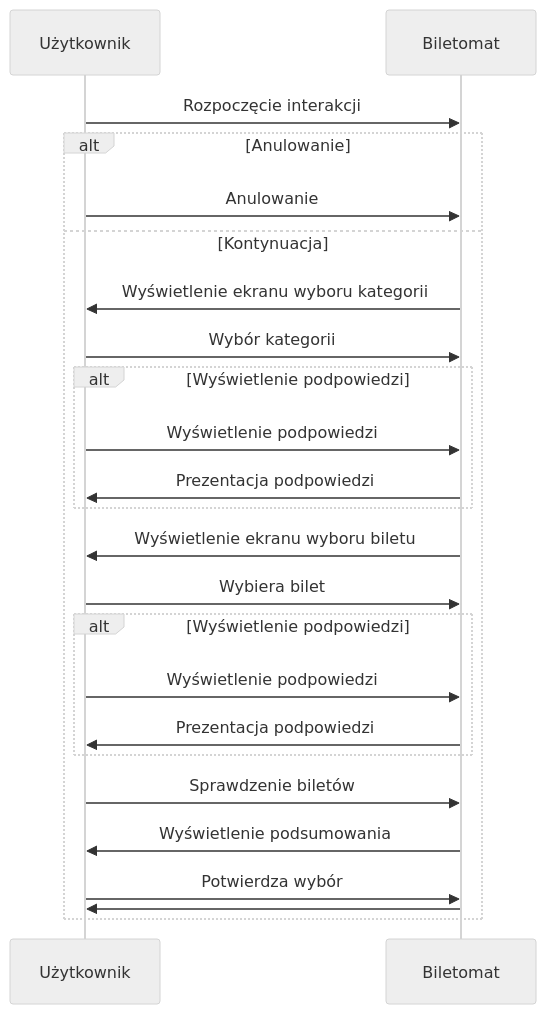
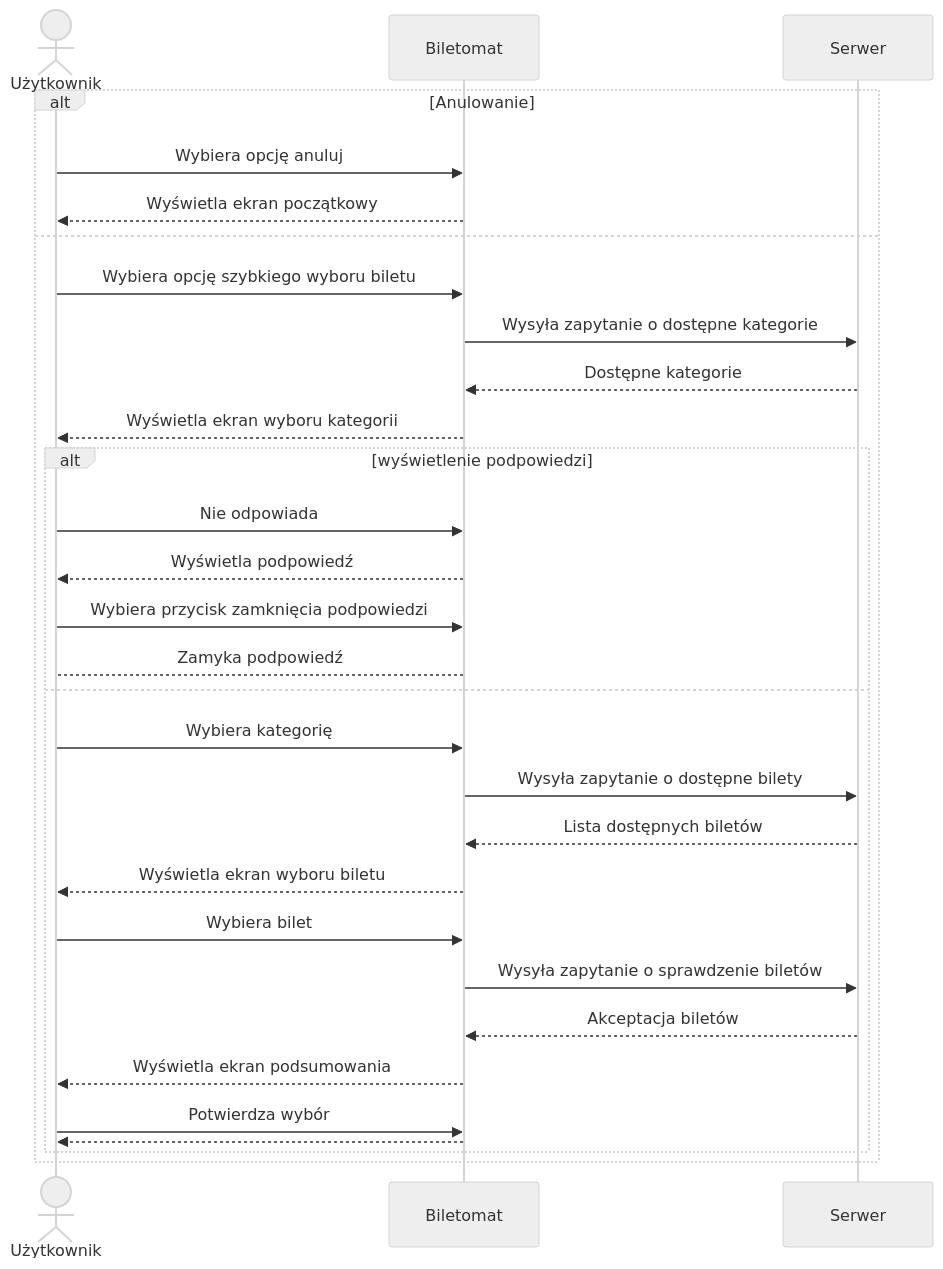
Before and after one commit to s3r10us3r/mwo_lab4: the seventh of 7 diagrams in uzytkownik.md, drawn with Mermaid (neutral theme).

Commit message:
Poprawia diagramu "SZYBKI WYBÓR RODZAJU BILETU"

````diff
--- a/uzytkownik.md
+++ b/uzytkownik.md
@@ -145,34 +145,33 @@
 ```mermaid
 sequenceDiagram
-    participant U as Użytkownik
-    participant B as Biletomat
-
-    U ->> B: Rozpoczęcie interakcji
-
+    actor U as Użytkownik
+    participant I as Biletomat
+    participant S as Serwer
+    
     alt Anulowanie
-        U ->> B: Anulowanie
-
-    else Kontynuacja
-        B ->> U: Wyświetlenie ekranu wyboru kategorii
-        U ->> B: Wybór kategorii
-        
-        alt Wyświetlenie podpowiedzi
-            U ->> B: Wyświetlenie podpowiedzi
-            B ->> U: Prezentacja podpowiedzi
-        end
-        
-        B ->> U: Wyświetlenie ekranu wyboru biletu
-        U ->> B: Wybiera bilet
-        
-        alt Wyświetlenie podpowiedzi
-            U ->> B: Wyświetlenie podpowiedzi
-            B ->> U: Prezentacja podpowiedzi
-        end
-
-        U ->> B: Sprawdzenie biletów
-        
-        B ->> U: Wyświetlenie podsumowania
-        U ->> B: Potwierdza wybór
-        B ->> U: 
+    U ->> I: Wybiera opcję anuluj
+    I -->> U: Wyświetla ekran początkowy
+    else
+    U ->> I: Wybiera opcję szybkiego wyboru biletu
+    I ->> S: Wysyła zapytanie o dostępne kategorie
+    S -->> I: Dostępne kategorie
+    I -->> U: Wyświetla ekran wyboru kategorii
+    alt wyświetlenie podpowiedzi
+    U ->> I: Nie odpowiada
+    I -->> U: Wyświetla podpowiedź
+    U ->> I: Wybiera przycisk zamknięcia podpowiedzi
+    I --> U: Zamyka podpowiedź
+    else
+    U ->> I: Wybiera kategorię
+    I ->> S: Wysyła zapytanie o dostępne bilety
+    S -->> I: Lista dostępnych biletów
+    I -->> U: Wyświetla ekran wyboru biletu
+    U ->> I: Wybiera bilet
+    I ->> S: Wysyła zapytanie o sprawdzenie biletów
+    S -->> I: Akceptacja biletów
+    I -->> U: Wyświetla ekran podsumowania
+    U ->> I: Potwierdza wybór
+    I -->> U: 
+    end
     end
 ```
````
